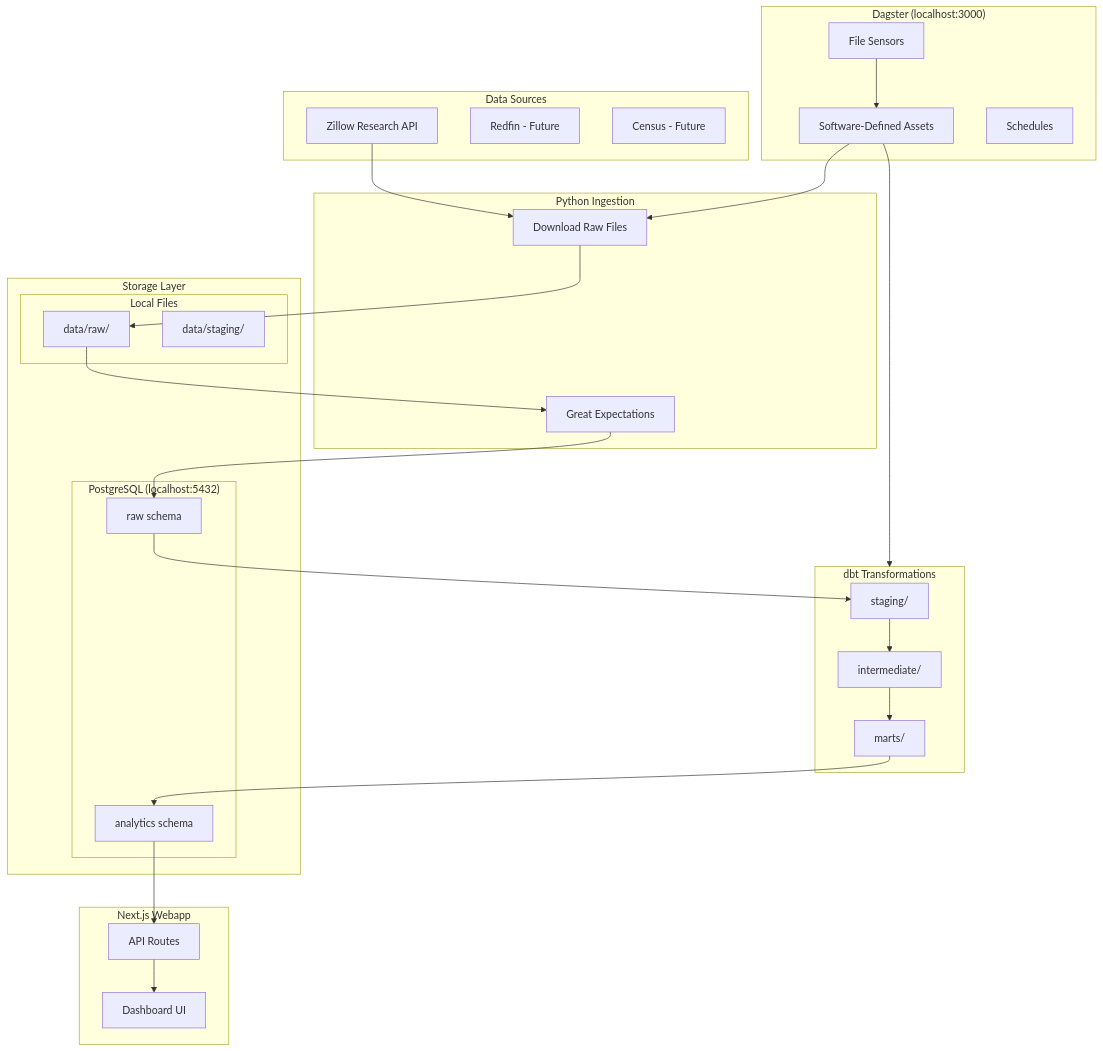
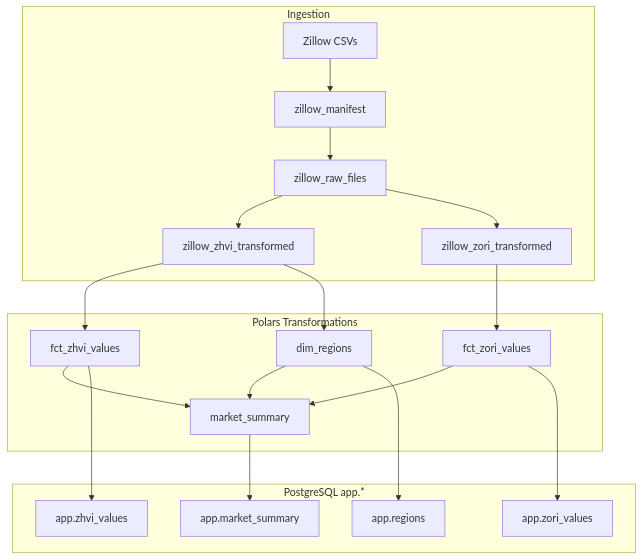
One commit to HousingIQ/housingiq-app changed the diagram in docs/09-data-platform.md. Above: the diagram before and after it, drawn with Mermaid. The commit also changed other lines of this file and 41 other files, not shown here.

Commit message:
remove dbt, using polars for transform data

````diff
--- a/docs/09-data-platform.md
+++ b/docs/09-data-platform.md
@@ -101,59 +53,25 @@
 ```mermaid
-flowchart TB
-    subgraph Sources["Data Sources"]
-        Z[Zillow Research API]
-        R[Redfin - Future]
-        C[Census - Future]
+graph TD
+    subgraph Ingestion
+        Z[Zillow CSVs] --> M[zillow_manifest]
+        M --> R[zillow_raw_files]
+        R --> TZ[zillow_zhvi_transformed]
+        R --> TR[zillow_zori_transformed]
     end
 
-    subgraph Orchestration["Dagster (localhost:3000)"]
-        ASSETS[Software-Defined Assets]
-        SENSORS[File Sensors]
-        SCHEDULE[Schedules]
+    subgraph Transform["Polars Transformations"]
+        TZ --> FZ[fct_zhvi_values]
+        TR --> FR[fct_zori_values]
+        TZ --> DR[dim_regions]
+        FZ --> MS[market_summary]
+        FR --> MS
+        DR --> MS
     end
 
-    subgraph Ingestion["Python Ingestion"]
-        DL[Download Raw Files]
-        VAL[Great Expectations]
+    subgraph Load["PostgreSQL app.*"]
+        DR --> AR[app.regions]
+        FZ --> AZ[app.zhvi_values]
+        FR --> AO[app.zori_values]
+        MS --> AM[app.market_summary]
     end
-
-    subgraph Transform["dbt Transformations"]
-        STG[staging/]
-        INT[intermediate/]
-        MART[marts/]
-    end
-
-    subgraph Storage["Storage Layer"]
-        subgraph Local["Local Files"]
-            RAW[data/raw/]
-            PARQUET[data/staging/]
-        end
-
-        subgraph Database["PostgreSQL (localhost:5432)"]
-            RAW_SCHEMA[raw schema]
-            ANALYTICS[analytics schema]
-        end
-    end
-
-    subgraph Webapp["Next.js Webapp"]
-        API[API Routes]
-        UI[Dashboard UI]
-    end
-
-    Z --> DL
-    DL --> RAW
-    RAW --> VAL
-    VAL --> RAW_SCHEMA
-
-    ASSETS --> DL
-    ASSETS --> Transform
-    SENSORS --> ASSETS
-
-    RAW_SCHEMA --> STG
-    STG --> INT
-    INT --> MART
-    MART --> ANALYTICS
-
-    ANALYTICS --> API
-    API --> UI
 ```
````
